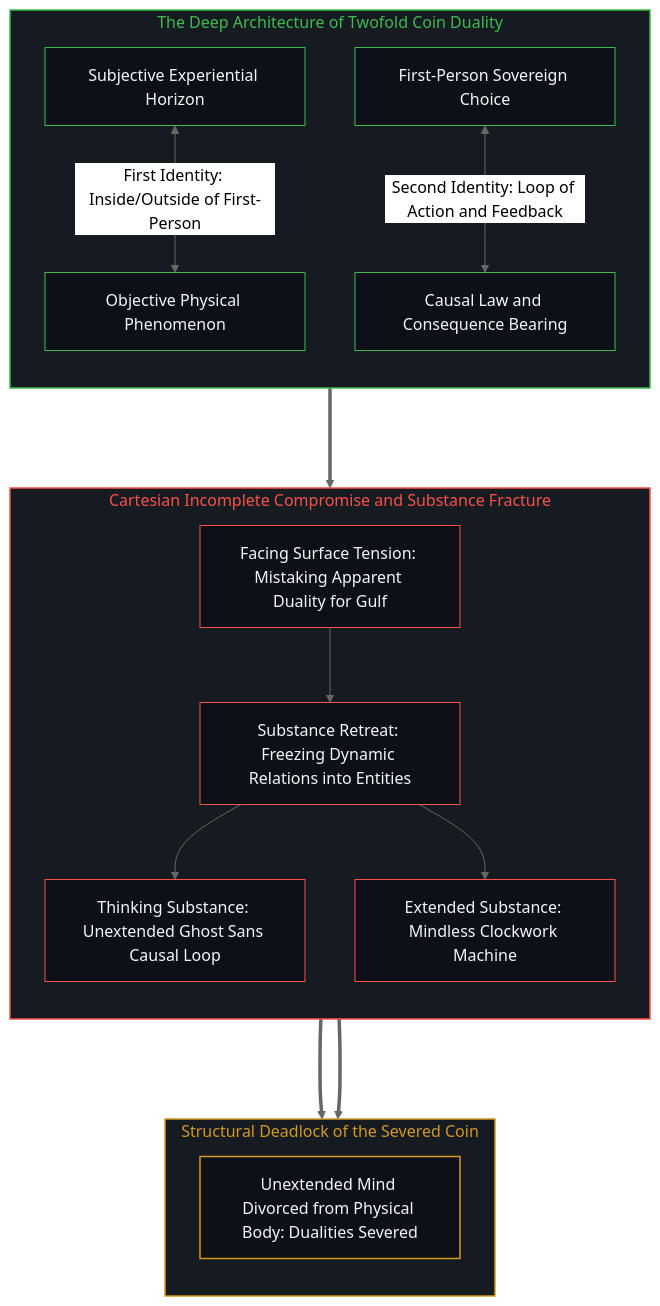
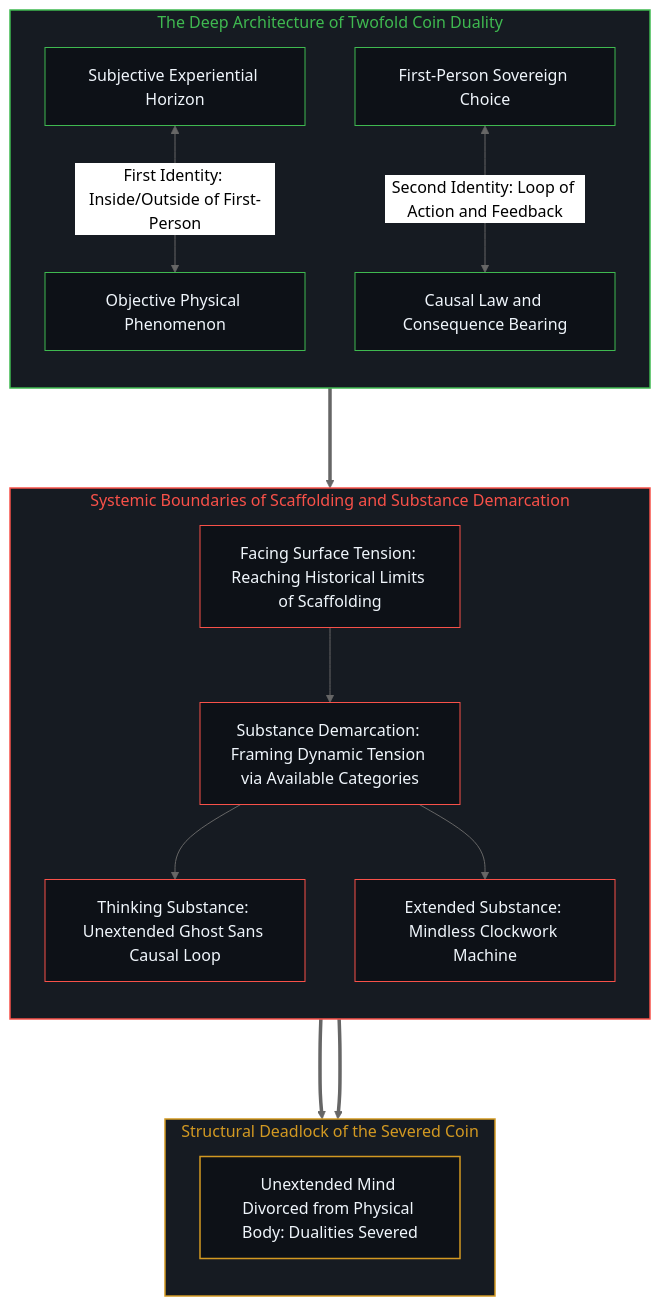
One commit to powerpig99/not-a-toe changed the fourth of 10 diagrams in content/posts/the-cartesian-overstep-and-the-frenzy-of-creation.md. Above: the diagram before and after it, drawn with Mermaid (neutral theme). The commit also changed other lines of this file and 3 other files, not shown here.

Commit message:
Calibrate post 337: frame Descartes boundaries objectively via scaffolding without judgment

````diff
--- a/content/posts/the-cartesian-overstep-and-the-frenzy-of-creation.md
+++ b/content/posts/the-cartesian-overstep-and-the-frenzy-of-creation.md
@@ -137,36 +137,36 @@
 ```mermaid
 graph TD
     subgraph S_DualityLost_EN ["The Deep Architecture of Twofold Coin Duality"]
         direction TB
         C1E_Subject["Subjective Experiential Horizon"] <-->|"First Identity: Inside/Outside of First-Person"| C1E_Object["Objective Physical Phenomenon"]
         C2E_FirstPerson["First-Person Sovereign Choice"] <-->|"Second Identity: Loop of Action and Feedback"| C2E_Causality["Causal Law and Consequence Bearing"]
     end
 
-    subgraph S_CartesianRetreat_EN ["Cartesian Incomplete Compromise and Substance Fracture"]
+    subgraph S_CartesianScaffolding_EN ["Systemic Boundaries of Scaffolding and Substance Demarcation"]
         direction TB
-        RE_Surface["Facing Surface Tension: Mistaking Apparent Duality for Gulf"] --> RE_Reify["Substance Retreat: Freezing Dynamic Relations into Entities"]
+        RE_Surface["Facing Surface Tension: Reaching Historical Limits of Scaffolding"] --> RE_Reify["Substance Demarcation: Framing Dynamic Tension via Available Categories"]
         RE_Reify --> RE_Cogitans["Thinking Substance: Unextended Ghost Sans Causal Loop"]
         RE_Reify --> RE_Extensa["Extended Substance: Mindless Clockwork Machine"]
     end
 
     subgraph S_FracturedVoid_EN ["Structural Deadlock of the Severed Coin"]
         direction TB
         FE_Deadlock["Unextended Mind Divorced from Physical Body: Dualities Severed"]
     end
 
     C2E_Causality ===> RE_Surface
     RE_Cogitans & RE_Extensa ===> FE_Deadlock
 
     style S_DualityLost_EN fill:#161b22,stroke:#3fb950,stroke-width:1.5px,color:#3fb950
-    style S_CartesianRetreat_EN fill:#161b22,stroke:#f85149,stroke-width:1.5px,color:#f85149
+    style S_CartesianScaffolding_EN fill:#161b22,stroke:#f85149,stroke-width:1.5px,color:#f85149
     style S_FracturedVoid_EN fill:#161b22,stroke:#d29922,stroke-width:1.5px,color:#d29922
     style C1E_Subject fill:#0d1117,stroke:#3fb950,stroke-width:1px,color:#f0f6fc
     style C1E_Object fill:#0d1117,stroke:#3fb950,stroke-width:1px,color:#f0f6fc
     style C2E_FirstPerson fill:#0d1117,stroke:#3fb950,stroke-width:1px,color:#f0f6fc
     style C2E_Causality fill:#0d1117,stroke:#3fb950,stroke-width:1px,color:#f0f6fc
     style RE_Surface fill:#0d1117,stroke:#f85149,stroke-width:1px,color:#f0f6fc
     style RE_Reify fill:#0d1117,stroke:#f85149,stroke-width:1px,color:#f0f6fc
     style RE_Cogitans fill:#0d1117,stroke:#f85149,stroke-width:1px,color:#f0f6fc
     style RE_Extensa fill:#0d1117,stroke:#f85149,stroke-width:1px,color:#f0f6fc
     style FE_Deadlock fill:#0d1117,stroke:#d29922,stroke-width:1.5px,color:#f0f6fc
 ```
````
